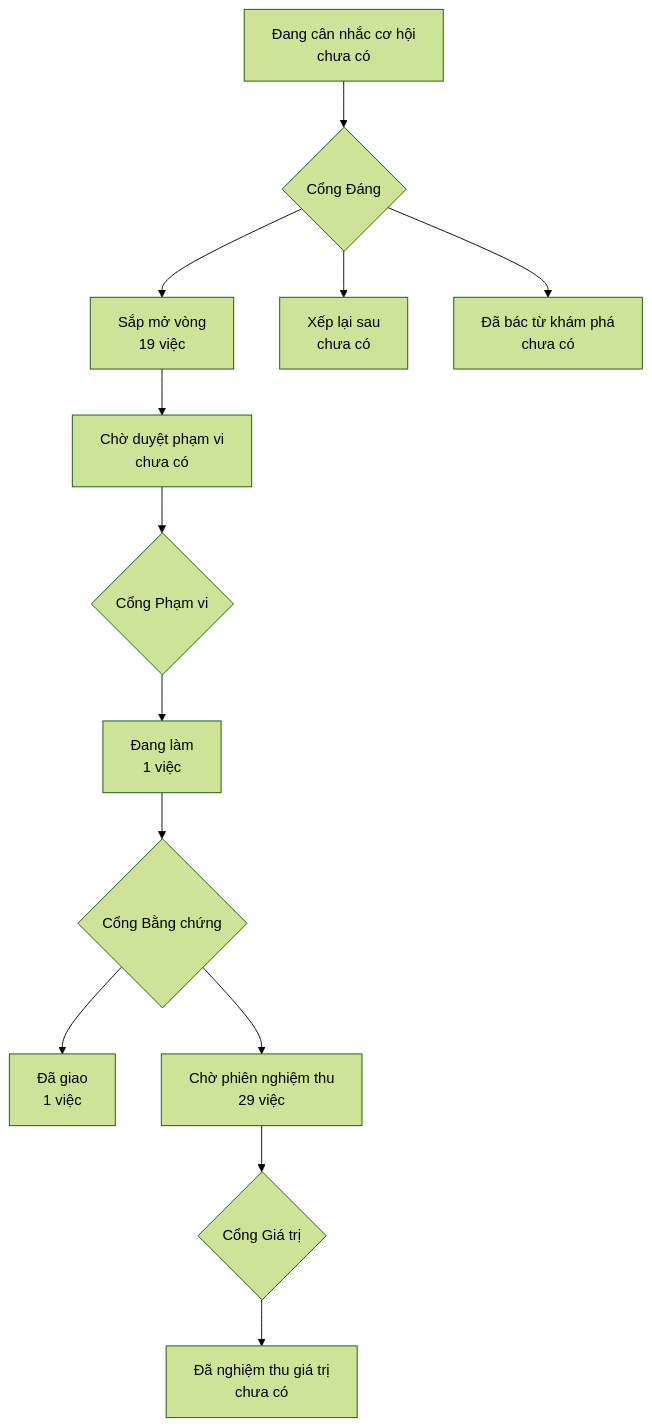
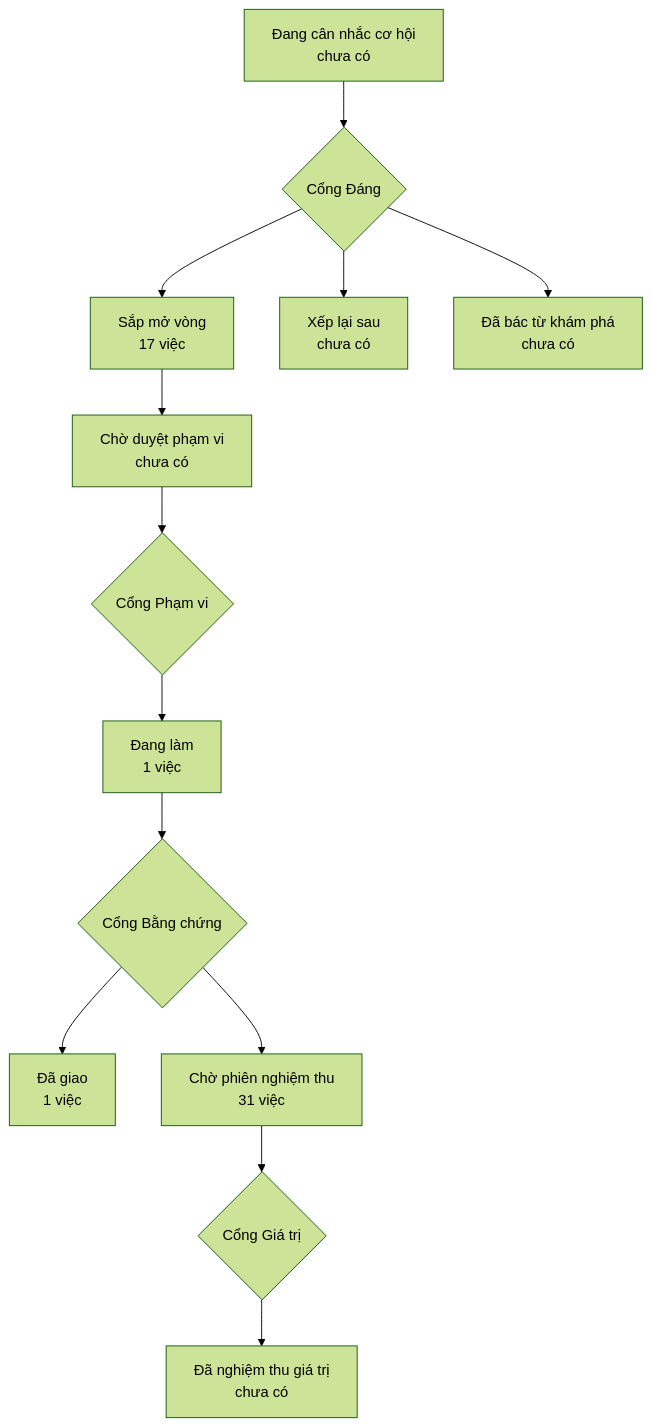
Before and after one commit to phanlemanh/onehub-inventory: the diagram in PRODUCT-MAP.md, drawn with Mermaid (forest theme). The commit also changed 16 other files, not shown here.

````diff
--- a/PRODUCT-MAP.md
+++ b/PRODUCT-MAP.md
@@ -7,12 +7,12 @@
 ```mermaid
 flowchart TD
   A["Đang cân nhắc cơ hội<br/>chưa có"] --> GD{"Cổng Đáng"}
-  GD --> B["Sắp mở vòng<br/>19 việc"]
+  GD --> B["Sắp mở vòng<br/>17 việc"]
   GD --> XL["Xếp lại sau<br/>chưa có"]
   GD --> DB["Đã bác từ khám phá<br/>chưa có"]
   B --> CD["Chờ duyệt phạm vi<br/>chưa có"] --> GP{"Cổng Phạm vi"}
   GP --> DL["Đang làm<br/>1 việc"] --> GB{"Cổng Bằng chứng"}
   GB --> DG["Đã giao<br/>1 việc"]
-  GB --> CN["Chờ phiên nghiệm thu<br/>29 việc"] --> GG{"Cổng Giá trị"}
+  GB --> CN["Chờ phiên nghiệm thu<br/>31 việc"] --> GG{"Cổng Giá trị"}
   GG --> NT["Đã nghiệm thu giá trị<br/>chưa có"]
 ```
````
